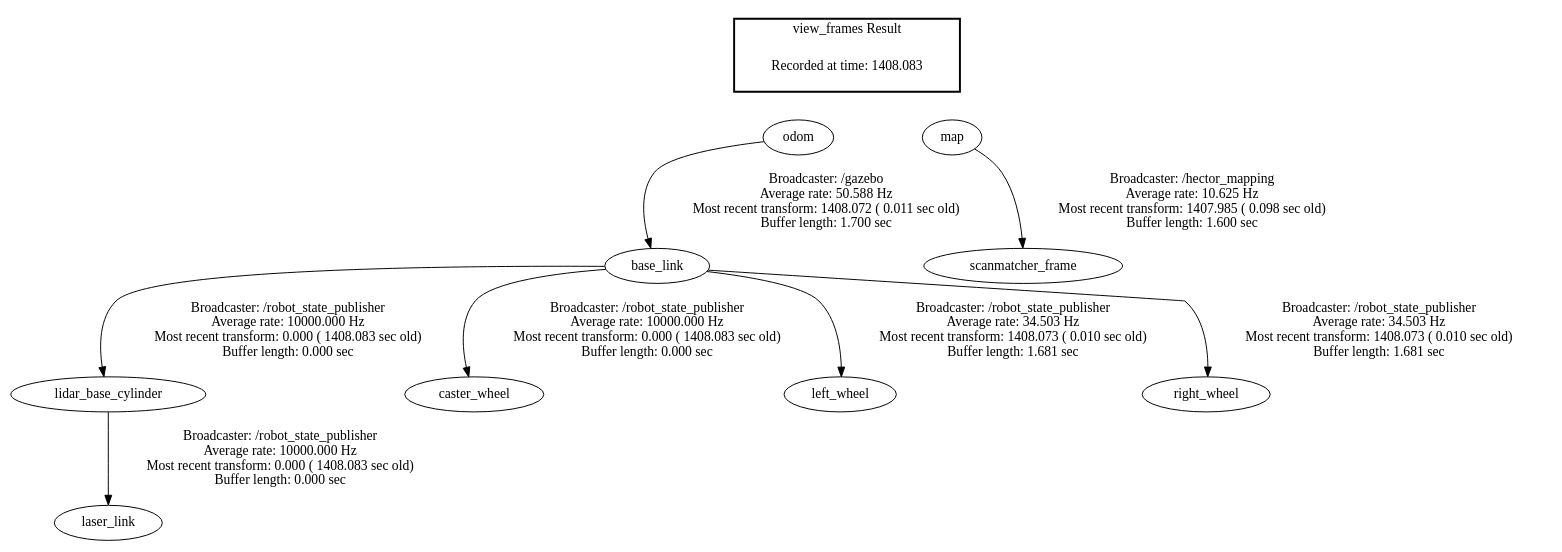
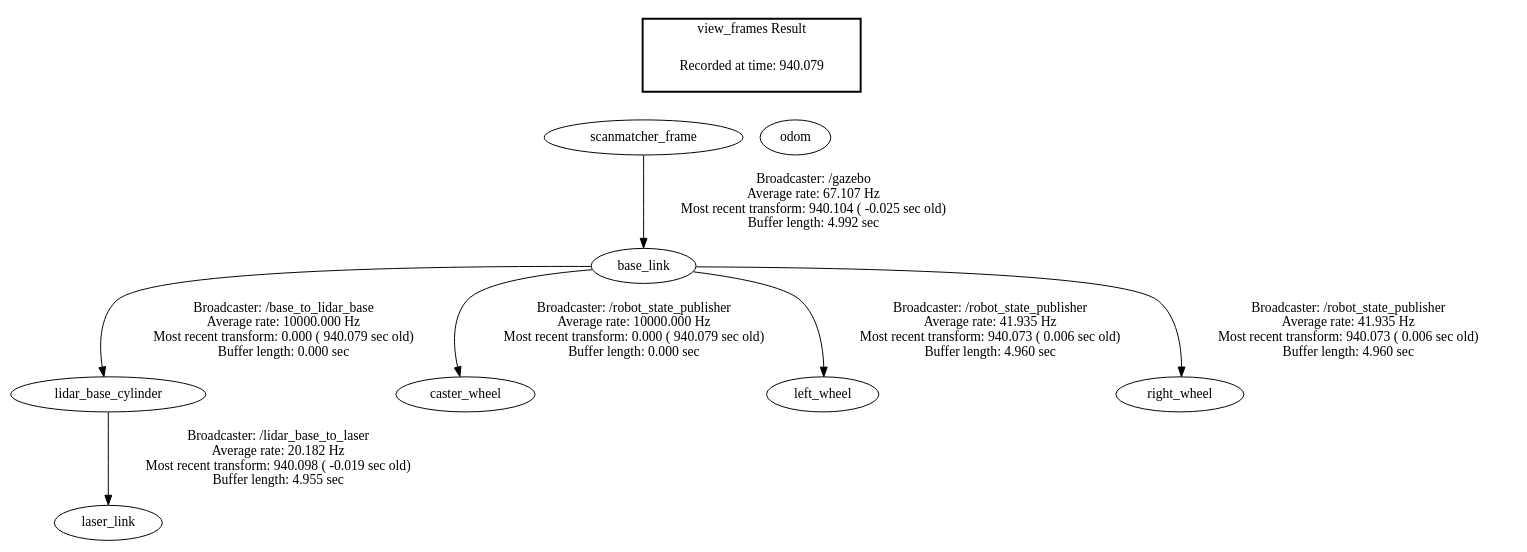
Before and after one commit to JayashankaAnushan19/lidar_scanning_robot: the diagram in launch/frames.gv, drawn with Graphviz. The commit also changed 17 other files, not shown here.

```diff
--- a/launch/frames.gv
+++ b/launch/frames.gv
@@ -1,17 +1,16 @@
 digraph G {
-"odom" -> "base_link"[label="Broadcaster: /gazebo\nAverage rate: 50.588 Hz\nMost recent transform: 1408.072 ( 0.011 sec old)\nBuffer length: 1.700 sec\n"];
-"map" -> "scanmatcher_frame"[label="Broadcaster: /hector_mapping\nAverage rate: 10.625 Hz\nMost recent transform: 1407.985 ( 0.098 sec old)\nBuffer length: 1.600 sec\n"];
-"base_link" -> "lidar_base_cylinder"[label="Broadcaster: /robot_state_publisher\nAverage rate: 10000.000 Hz\nMost recent transform: 0.000 ( 1408.083 sec old)\nBuffer length: 0.000 sec\n"];
-"base_link" -> "caster_wheel"[label="Broadcaster: /robot_state_publisher\nAverage rate: 10000.000 Hz\nMost recent transform: 0.000 ( 1408.083 sec old)\nBuffer length: 0.000 sec\n"];
-"lidar_base_cylinder" -> "laser_link"[label="Broadcaster: /robot_state_publisher\nAverage rate: 10000.000 Hz\nMost recent transform: 0.000 ( 1408.083 sec old)\nBuffer length: 0.000 sec\n"];
-"base_link" -> "left_wheel"[label="Broadcaster: /robot_state_publisher\nAverage rate: 34.503 Hz\nMost recent transform: 1408.073 ( 0.010 sec old)\nBuffer length: 1.681 sec\n"];
-"base_link" -> "right_wheel"[label="Broadcaster: /robot_state_publisher\nAverage rate: 34.503 Hz\nMost recent transform: 1408.073 ( 0.010 sec old)\nBuffer length: 1.681 sec\n"];
+"lidar_base_cylinder" -> "laser_link"[label="Broadcaster: /lidar_base_to_laser\nAverage rate: 20.182 Hz\nMost recent transform: 940.098 ( -0.019 sec old)\nBuffer length: 4.955 sec\n"];
+"base_link" -> "lidar_base_cylinder"[label="Broadcaster: /base_to_lidar_base\nAverage rate: 10000.000 Hz\nMost recent transform: 0.000 ( 940.079 sec old)\nBuffer length: 0.000 sec\n"];
+"scanmatcher_frame" -> "base_link"[label="Broadcaster: /gazebo\nAverage rate: 67.107 Hz\nMost recent transform: 940.104 ( -0.025 sec old)\nBuffer length: 4.992 sec\n"];
+"base_link" -> "caster_wheel"[label="Broadcaster: /robot_state_publisher\nAverage rate: 10000.000 Hz\nMost recent transform: 0.000 ( 940.079 sec old)\nBuffer length: 0.000 sec\n"];
+"base_link" -> "left_wheel"[label="Broadcaster: /robot_state_publisher\nAverage rate: 41.935 Hz\nMost recent transform: 940.073 ( 0.006 sec old)\nBuffer length: 4.960 sec\n"];
+"base_link" -> "right_wheel"[label="Broadcaster: /robot_state_publisher\nAverage rate: 41.935 Hz\nMost recent transform: 940.073 ( 0.006 sec old)\nBuffer length: 4.960 sec\n"];
 edge [style=invis];
  subgraph cluster_legend { style=bold; color=black; label ="view_frames Result";
-"Recorded at time: 1408.083"[ shape=plaintext ] ;
+"Recorded at time: 940.079"[ shape=plaintext ] ;
  }->"odom";
 edge [style=invis];
  subgraph cluster_legend { style=bold; color=black; label ="view_frames Result";
-"Recorded at time: 1408.083"[ shape=plaintext ] ;
- }->"map";
+"Recorded at time: 940.079"[ shape=plaintext ] ;
+ }->"scanmatcher_frame";
 }
```
